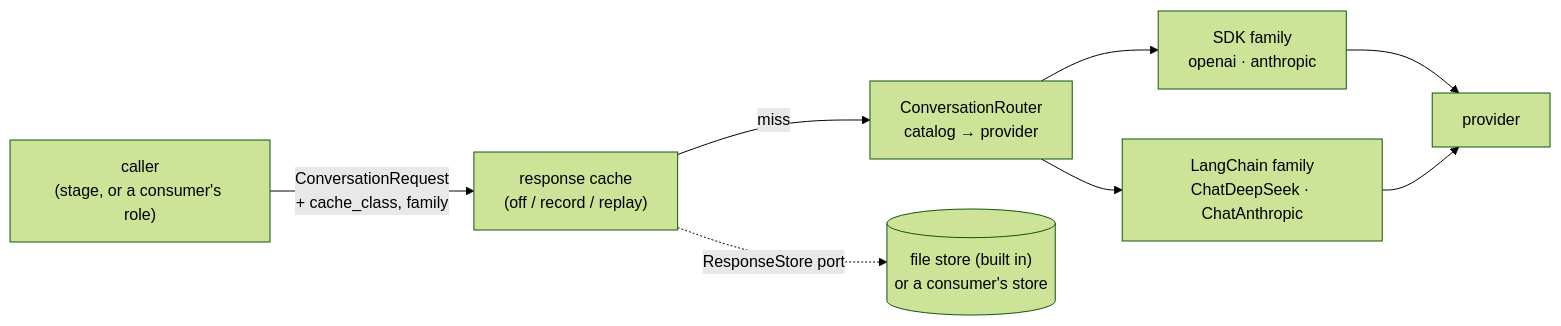
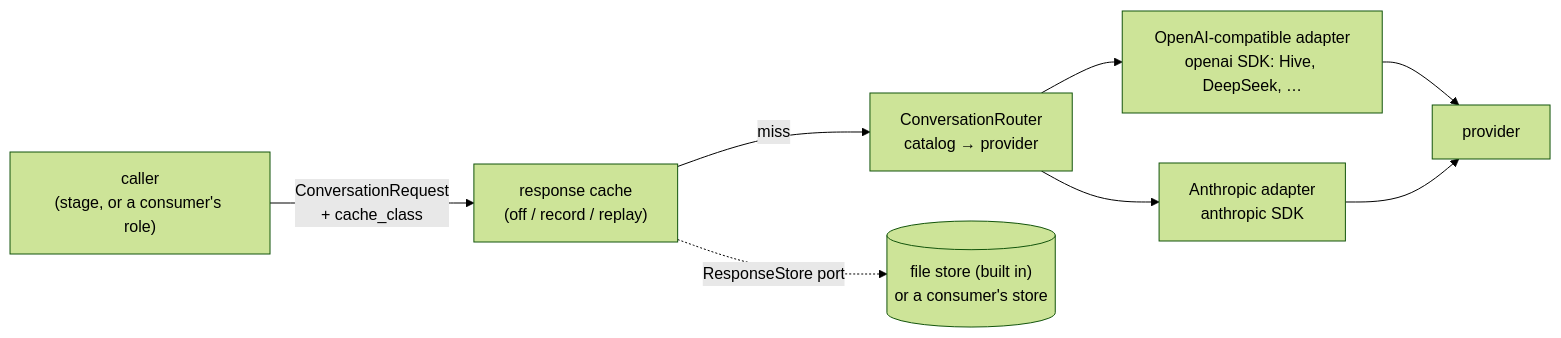
One commit to edyhtan/framekit changed the fourth of 4 diagrams in docs/ARCHITECTURE.md. Above: the diagram before and after it, drawn with Mermaid (forest theme). The commit also changed other lines of this file and 3 other files, not shown here.

Commit message:
Model access: own adapters on the official SDKs only; drop the LangChain family

````diff
--- a/docs/ARCHITECTURE.md
+++ b/docs/ARCHITECTURE.md
@@ -152,10 +152,10 @@
 ```mermaid
 flowchart LR
-    R["caller<br/>(stage, or a consumer's role)"] -- "ConversationRequest<br/>+ cache_class, family" --> C["response cache<br/>(off / record / replay)"]
+    R["caller<br/>(stage, or a consumer's role)"] -- "ConversationRequest<br/>+ cache_class" --> C["response cache<br/>(off / record / replay)"]
     C -- "miss" --> RT["ConversationRouter<br/>catalog → provider"]
     C -. "ResponseStore port" .-> FS[("file store (built in)<br/>or a consumer's store")]
-    RT --> F1["SDK family<br/>openai · anthropic"]
-    RT --> F2["LangChain family<br/>ChatDeepSeek · ChatAnthropic"]
+    RT --> F1["OpenAI-compatible adapter<br/>openai SDK: Hive, DeepSeek, …"]
+    RT --> F2["Anthropic adapter<br/>anthropic SDK"]
     F1 --> P["provider"]
     F2 --> P
 ```
````
